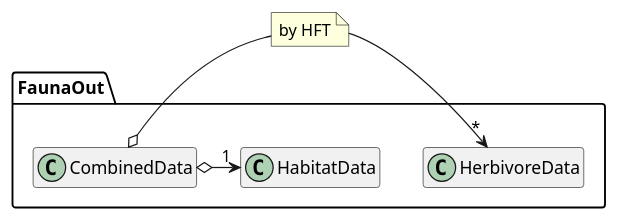
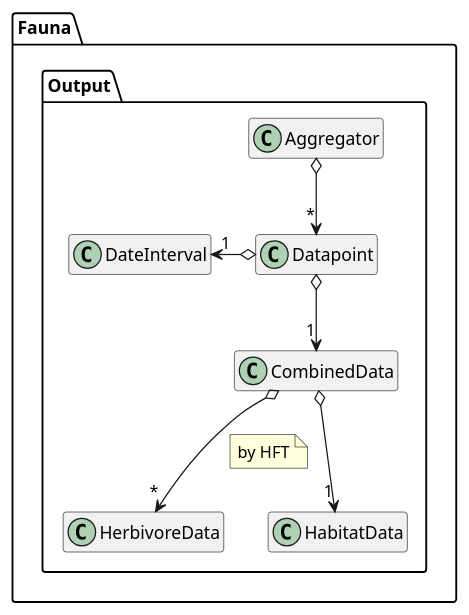
Diagram 12 of 21 in docs/diagrams.iuml (wtraylor/modular_megafauna_model), drawn with PlantUML before and after one commit. The commit also changed 5 other files, not shown here.

```diff
--- a/docs/diagrams.iuml
+++ b/docs/diagrams.iuml
@@ -302,12 +302,14 @@
-@startuml (id=outputclasses)
+@startuml (id=output_classes)
 	hide methods
 	hide members
-	namespace FaunaOut{
-		class HerbivoreData
-		class HabitatData
-		class CombinedData
-		CombinedData o-> "*" HerbivoreData
-		note on link : by HFT
-		CombinedData o-> "1" HabitatData
+  namespace Fauna{
+    namespace Output{
+      Aggregator o-down-> "*" Datapoint
+      Datapoint o-down-> "1" CombinedData
+      Datapoint o-left-> "1" DateInterval
+      CombinedData o-down-> "*" HerbivoreData
+      note on link : by HFT
+      CombinedData o-down-> "1" HabitatData
+    }
 	}
 @enduml
```
